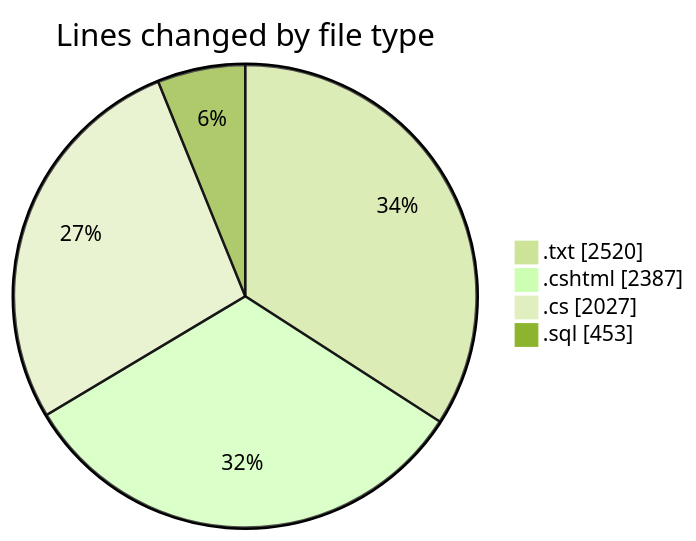
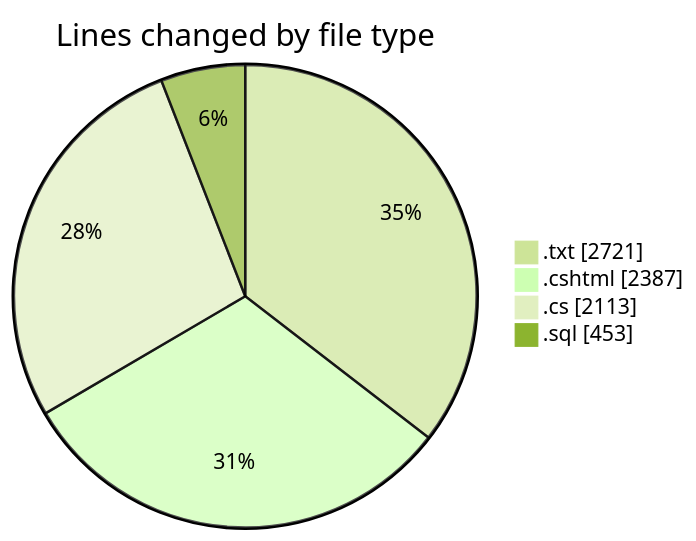
Before and after one commit to lephambinh05/code-tracking: the first of 2 diagrams in 2025-07-25/quanlyrapchieuphim-1/README.md, drawn with Mermaid (forest theme). The commit also changed other lines of this file and 1 other file, not shown here.

````diff
--- a/2025-07-25/quanlyrapchieuphim-1/README.md
+++ b/2025-07-25/quanlyrapchieuphim-1/README.md
@@ -39,8 +40,8 @@
 ```mermaid
 pie showData
 title Lines changed by file type
-".txt" : 2520
+".txt" : 2721
 ".cshtml" : 2387
-".cs" : 2027
+".cs" : 2113
 ".sql" : 453
 ```
````
